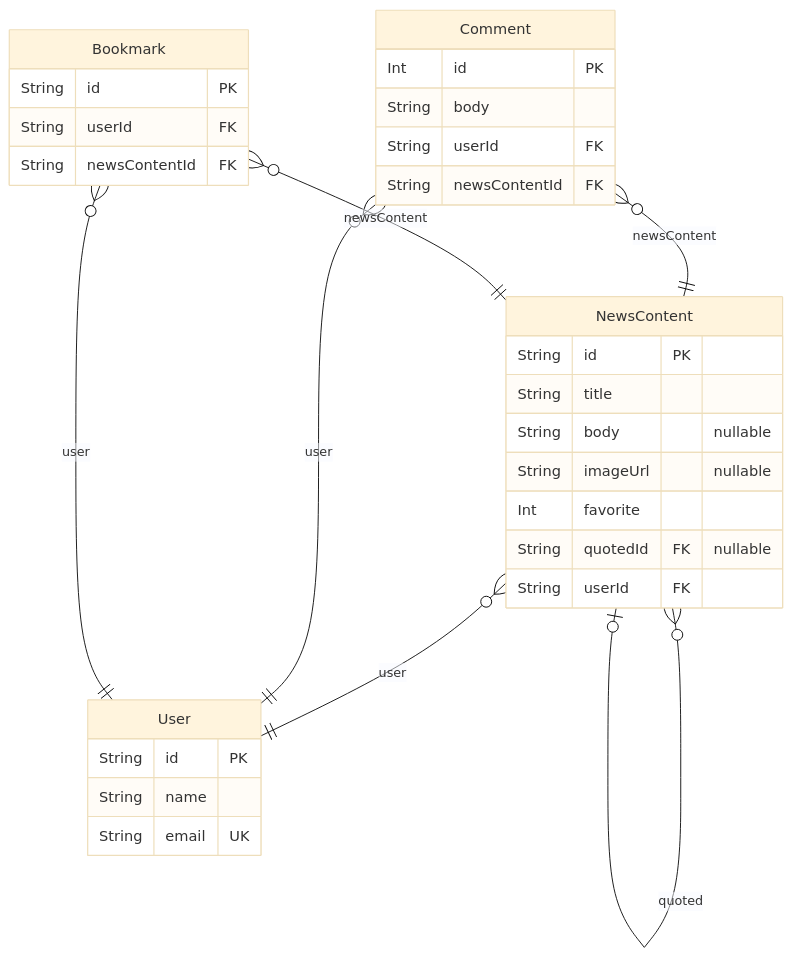
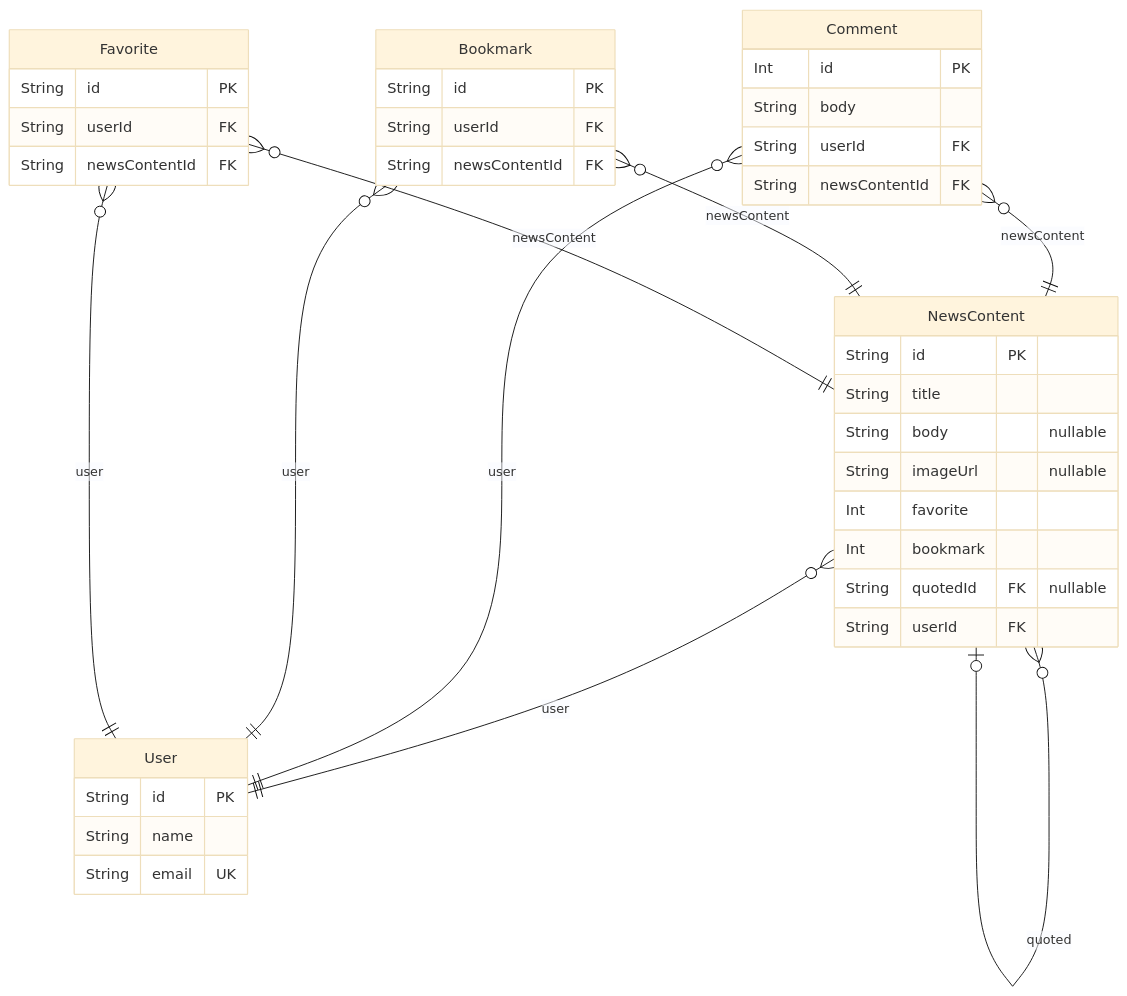
Before and after one commit to negisosu/shinbun-sns-api: the diagram in prisma/ERD.md, drawn with Mermaid (base theme). The commit also changed other lines of this file and 6 other files, not shown here.

````diff
--- a/prisma/ERD.md
+++ b/prisma/ERD.md
@@ -9,34 +9,42 @@
 ```mermaid
 erDiagram
 "User" {
   String id PK
   String name
   String email UK
 }
 "NewsContent" {
   String id PK
   String title
   String body "nullable"
   String imageUrl "nullable"
   Int favorite
+  Int bookmark
   String quotedId FK "nullable"
   String userId FK
 }
 "Comment" {
   Int id PK
   String body
   String userId FK
   String newsContentId FK
 }
 "Bookmark" {
   String id PK
   String userId FK
   String newsContentId FK
 }
+"Favorite" {
+  String id PK
+  String userId FK
+  String newsContentId FK
+}
 "NewsContent" }o--o| "NewsContent" : quoted
 "NewsContent" }o--|| "User" : user
 "Comment" }o--|| "User" : user
 "Comment" }o--|| "NewsContent" : newsContent
 "Bookmark" }o--|| "User" : user
 "Bookmark" }o--|| "NewsContent" : newsContent
+"Favorite" }o--|| "User" : user
+"Favorite" }o--|| "NewsContent" : newsContent
 ```
````
